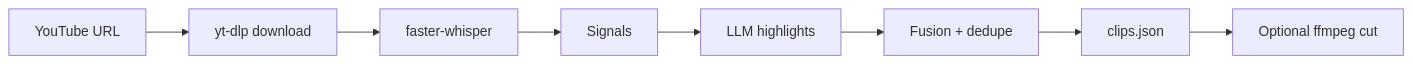
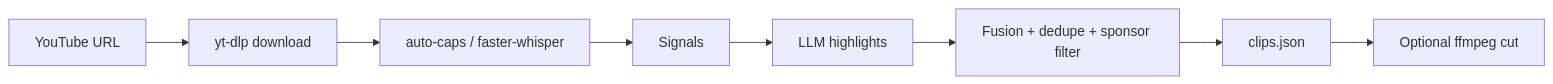
The diagram in README.md (DontHash/Optimized-AI-ShortsGenerator), drawn with Mermaid before and after one commit. The commit also changed other lines of this file and 8 other files, not shown here.

First line of the commit message:
Free-first: Gemini default, auto-caps, one LLM call, SponsorBlock

````diff
--- a/README.md
+++ b/README.md
@@ -199,10 +217,10 @@
 ```mermaid
 flowchart LR
   A[YouTube URL] --> B[yt-dlp download]
-  B --> C[faster-whisper]
+  B --> C[auto-caps / faster-whisper]
   C --> D[Signals]
   D --> E[LLM highlights]
-  E --> F[Fusion + dedupe]
+  E --> F[Fusion + dedupe + sponsor filter]
   F --> G[clips.json]
   G --> H[Optional ffmpeg cut]
 ```
````
